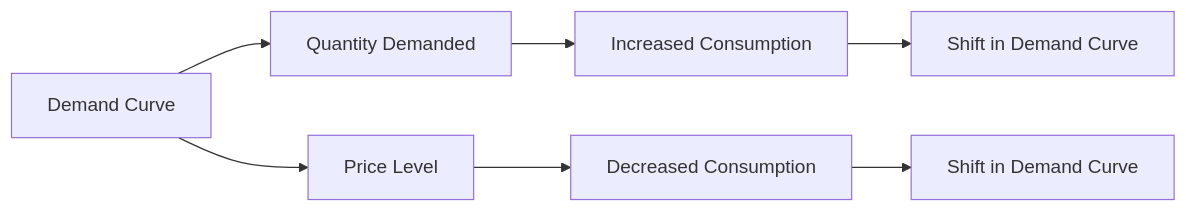
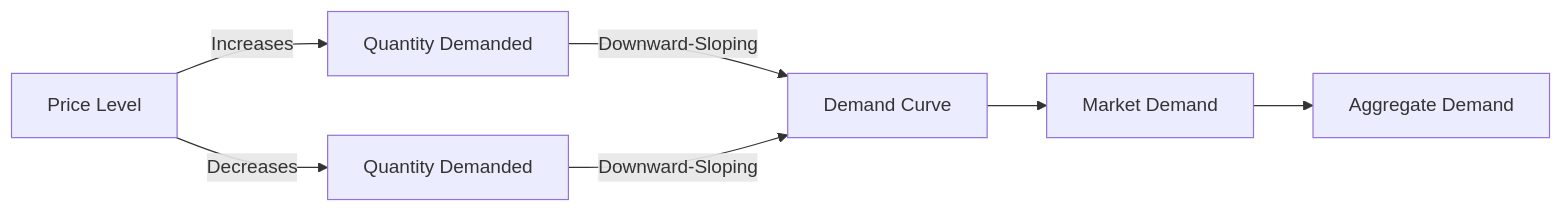
One commit to DagimAlemayehuu/Ater changed the diagram in Obsidian_Vault/2-Academic/Winter 2026/Economics/2_Theory_Of_Demand_And_Supply/Theory_Of_Demand.md. Above: the diagram before and after it, drawn with Mermaid. The commit also changed other lines of this file and 39 other files, not shown here.

````diff
--- a/Obsidian_Vault/2-Academic/Winter 2026/Economics/2_Theory_Of_Demand_And_Supply/Theory_Of_Demand.md
+++ b/Obsidian_Vault/2-Academic/Winter 2026/Economics/2_Theory_Of_Demand_And_Supply/Theory_Of_Demand.md
@@ -39,11 +39,11 @@
 ```mermaid
 
 graph LR
-    A[Demand Curve] --> B[Quantity Demanded]
-    A --> C[Price Level]
-    B --> D[Increased Consumption]
-    C --> E[Decreased Consumption]
-    D --> F[Shift in Demand Curve]
-    E --> G[Shift in Demand Curve]
+    A[Price Level] -->|Increases| B[Quantity Demanded]
+    A -->|Decreases| C[Quantity Demanded]
+    B[Quantity Demanded] -->|Downward-Sloping| D[Demand Curve]
+    C[Quantity Demanded] -->|Downward-Sloping| D
+    D[Demand Curve] --> E[Market Demand]
+    E[Market Demand] --> F[Aggregate Demand]
 
 ```
````
